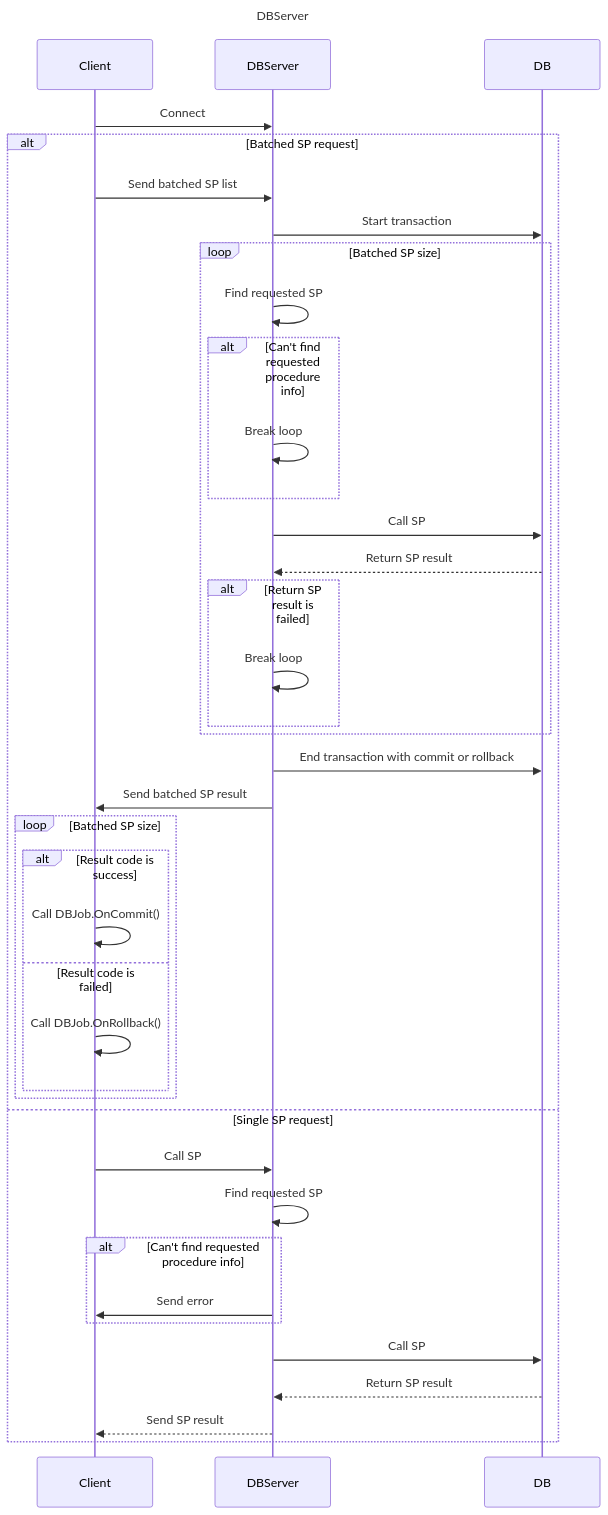
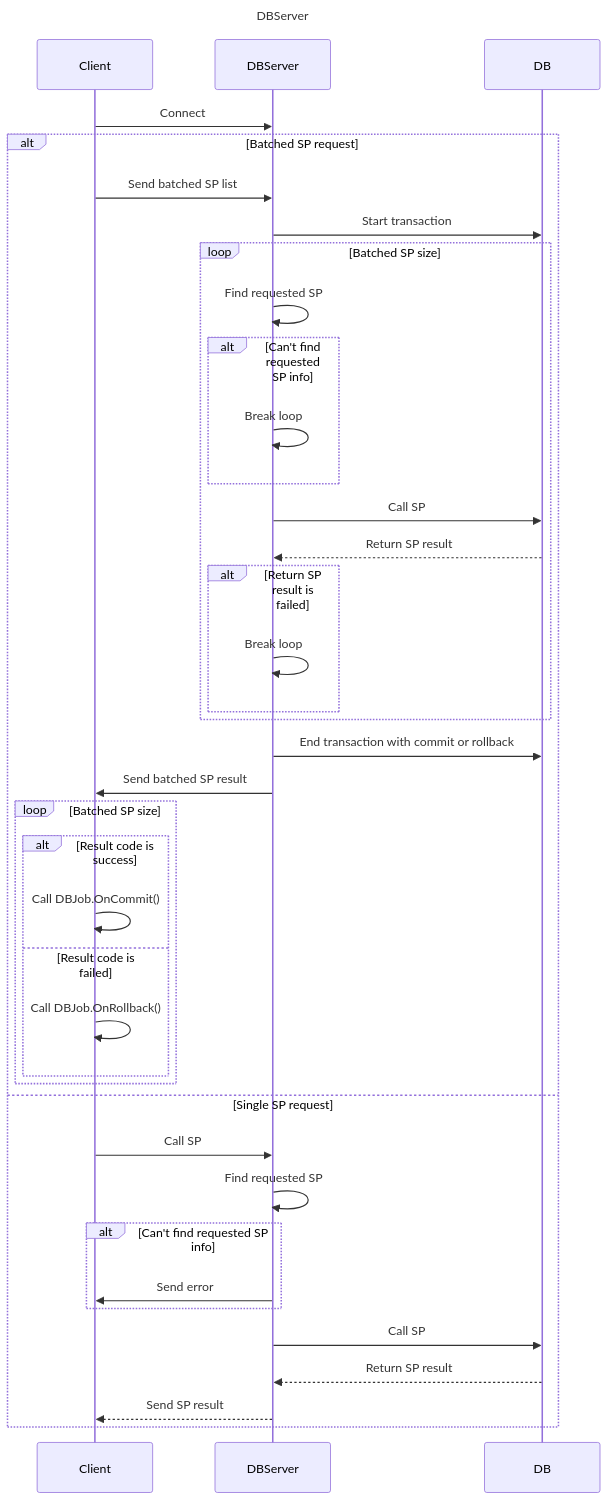
The second of 2 diagrams in README.md (m5623skhj/DBConnector), drawn with Mermaid before and after one commit.

````diff
--- a/README.md
+++ b/README.md
@@ -59,49 +59,49 @@
 ```mermaid
 sequenceDiagram
     title DBServer
 
     Client ->> DBServer : Connect
 
     alt Batched SP request
         Client ->> DBServer : Send batched SP list
         DBServer ->> DB : Start transaction
 
         loop Batched SP size
             DBServer ->> DBServer : Find requested SP
-            alt Can't find requested procedure info
+            alt Can't find requested SP info
                 DBServer ->> DBServer : Break loop
             end
 
             DBServer ->> DB : Call SP
             DB -->> DBServer : Return SP result
 
             alt Return SP result is failed
                 DBServer ->> DBServer : Break loop
             end
         end
 
         DBServer ->> DB : End transaction with commit or rollback
         
         DBServer ->> Client : Send batched SP result
 
         loop Batched SP size
             alt Result code is success
                 Client ->> Client : Call DBJob.OnCommit()
             else Result code is failed
                 Client ->> Client : Call DBJob.OnRollback()
             end
         end
         
     else Single SP request
         Client ->> DBServer : Call SP
         DBServer ->> DBServer : Find requested SP
 
-        alt Can't find requested procedure info
+        alt Can't find requested SP info
             DBServer ->> Client : Send error
         end
 
         DBServer ->> DB : Call SP
         DB -->> DBServer : Return SP result
         DBServer -->> Client : Send SP result
     end
 ```
````
